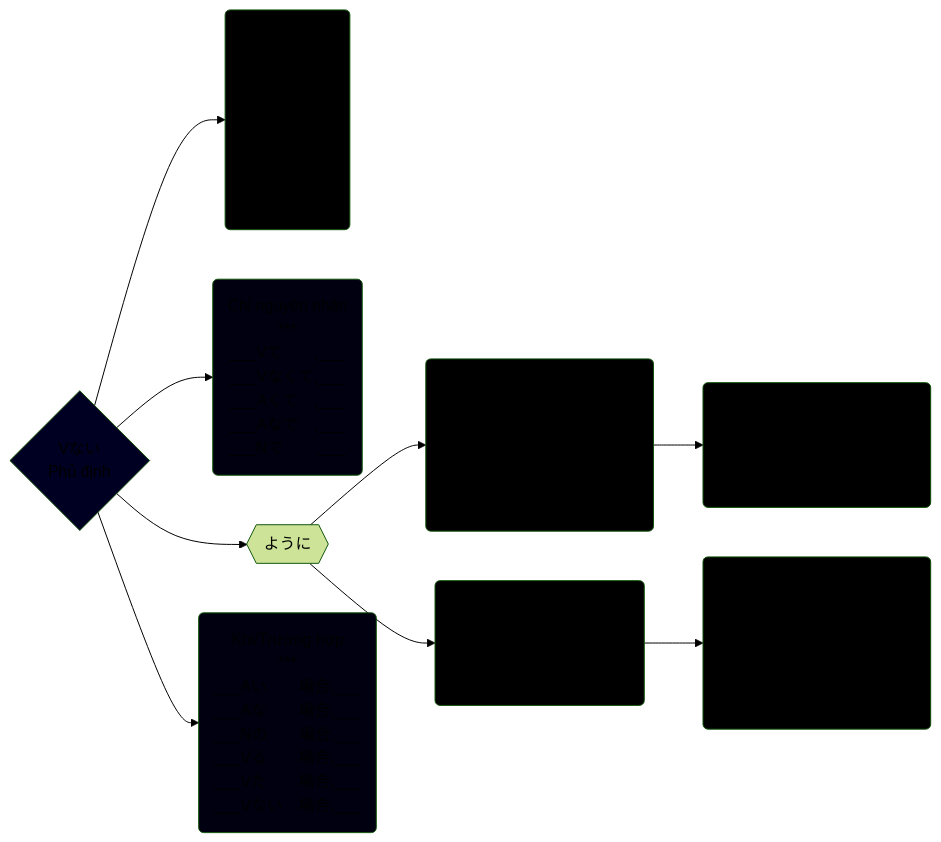
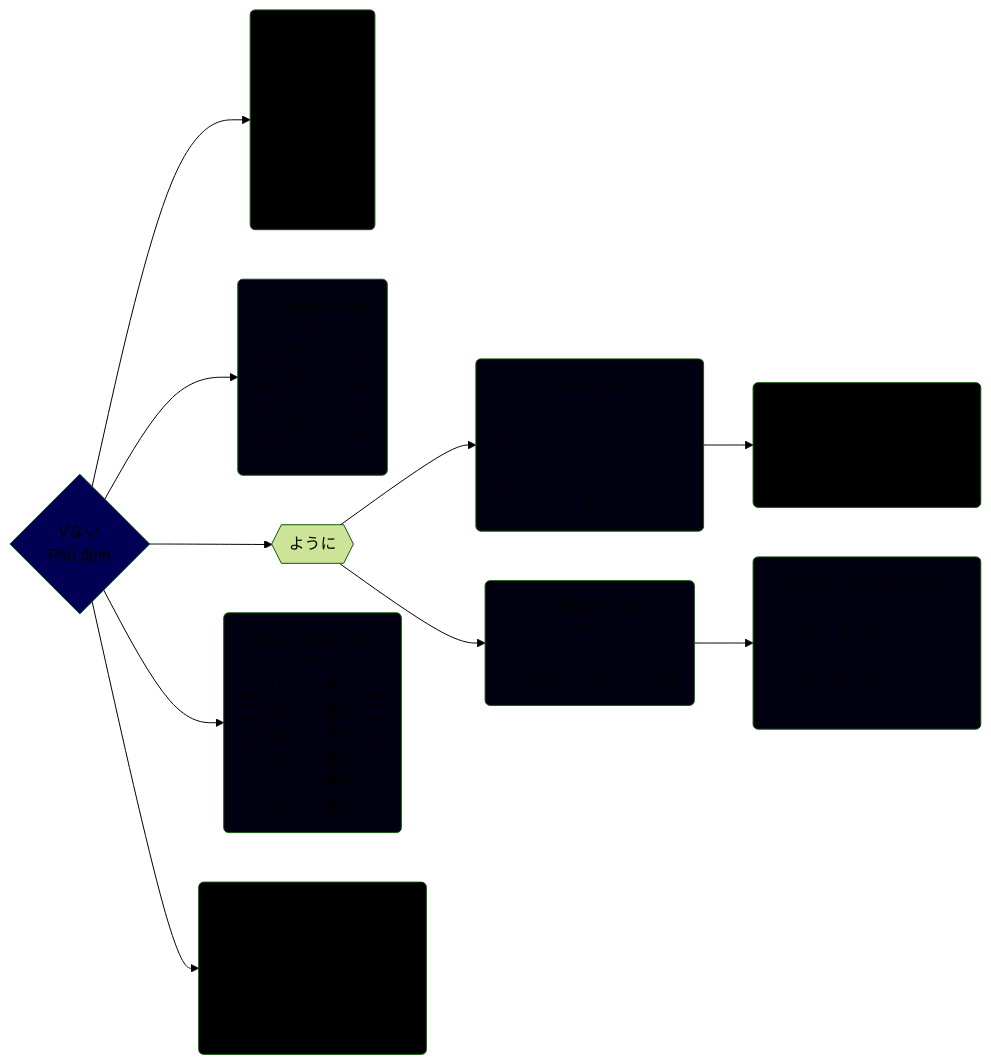
The diagram in The/未然形.md (tea1504/learn), drawn with Mermaid (forest theme) before and after one commit. The commit also changed 10 other files, not shown here.

````diff
--- a/The/未然形.md
+++ b/The/未然形.md
@@ -1,22 +1,24 @@
 ```mermaid
 graph LR;
     V{Vない\n Phủ định}
 
     V-->khi(Khi\n***\nNの　　とき,\nAい　　とき,\nAな　　とき,\nVる　　とき,\nVた　　とき,\nVない　とき,)
     V-->chiNguyenNhan(Chỉ nguyên nhân\n***\n___Vて　　,___\n___Vなくて,___\n___Aくて　,___\n___Aなで　,___\n___Nで　　,___)
     V-->youni{{ように}}
     youni-->daTroNen(Đã trở nên\n***\n___Vる　ように　なりました\n___Vないように　なりました)
     youni-->coGangSaoCho(Cố gắng sao cho\n***\n___Vる　ように　します\n___Vないように　します)
     coGangSaoCho-->xinHayCoGangSaoCho(Xin hãy cố gắng sao cho\n***\n___Vる　ように　してください\n___Vないように　してください)
     daTroNen-->daKhongThe(Đã không thể\n***\n___V可能形なく　なりました)
     V-->truongHop(Khi/Trường hợp\n***\n___Aい　　場合,___\n___Aな　　場合,___\n___Nの　　場合,___\n___Vる　　場合,___\n___Vた　　場合,___\n___Vない　場合,___)
+    V-->nenKhongNen(Nên, không nên\n***\nは　Nを　Vた　　ほうが　いいです\nは　Nを　Vない　ほうが　いいです)
 
-    style V fill:#002
+    style V fill:#005
     style chiNguyenNhan fill:#001
-    style coGangSaoCho fill:#000
+    style coGangSaoCho fill:#001
     style daKhongThe fill:#000
-    style daTroNen fill:#000
+    style daTroNen fill:#001
     style khi fill:#000
     style truongHop fill:#001
-    style xinHayCoGangSaoCho fill:#000
+    style xinHayCoGangSaoCho fill:#001
+    style nenKhongNen fill:#000
 ```
````
